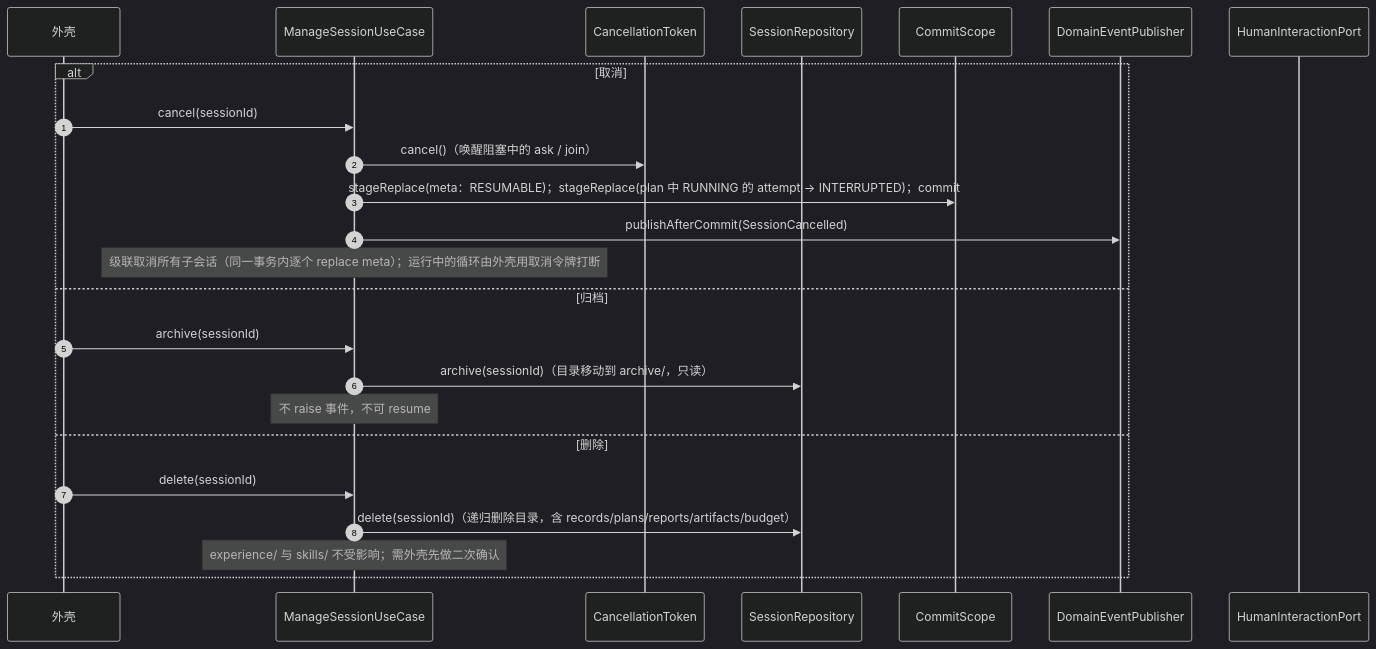
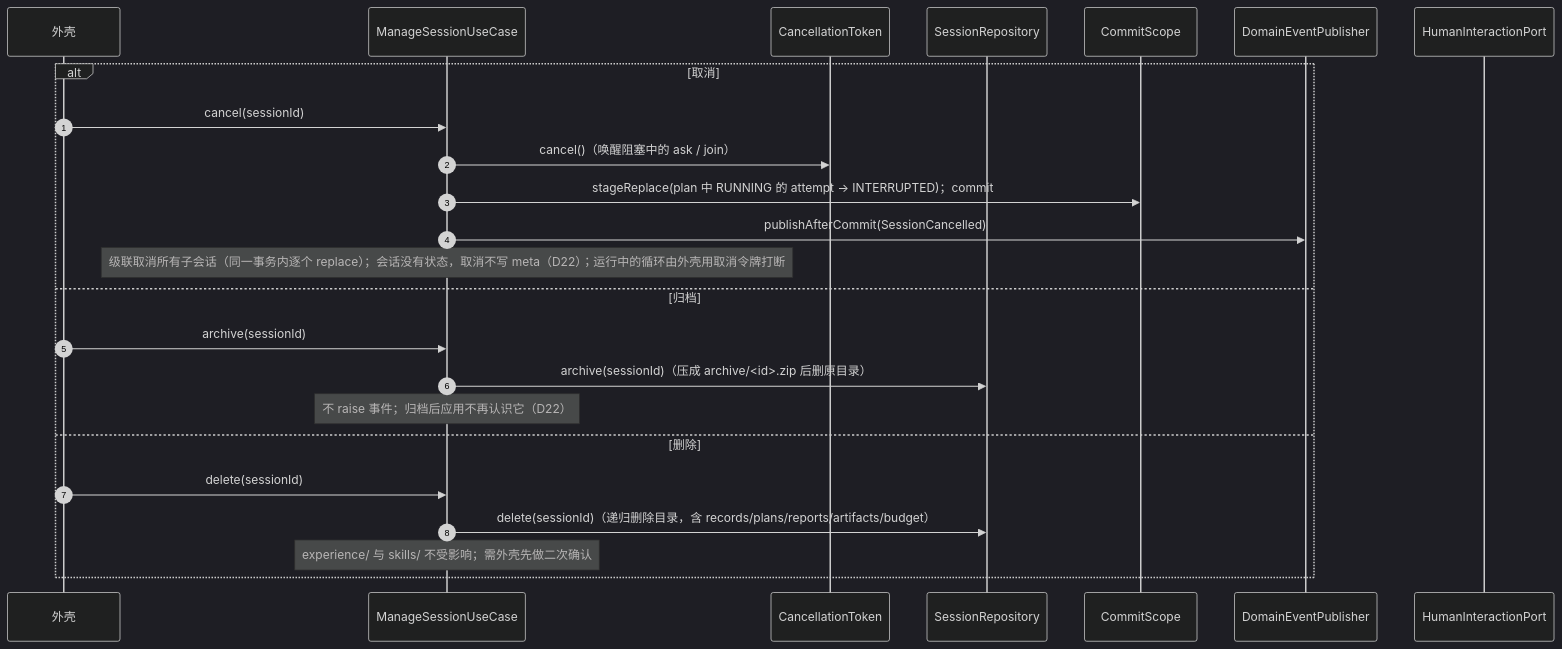
The seventh of 9 diagrams in model/模块-应用层.md (zcd0831/Jellyfish-Docs), drawn with Mermaid (dark theme) before and after one commit. The commit also changed other lines of this file and 12 other files, not shown here.

````diff
--- a/model/模块-应用层.md
+++ b/model/模块-应用层.md
@@ -404,27 +404,27 @@
 ```mermaid
 sequenceDiagram
     autonumber
     participant UI as 外壳
     participant U4 as ManageSessionUseCase
     participant C as CancellationToken
     participant R as SessionRepository
     participant CS as CommitScope
     participant EP as DomainEventPublisher
     participant HI as HumanInteractionPort
 
     alt 取消
         UI->>U4: cancel(sessionId)
         U4->>C: cancel()（唤醒阻塞中的 ask / join）
-        U4->>CS: stageReplace(meta：RESUMABLE)；stageReplace(plan 中 RUNNING 的 attempt → INTERRUPTED)；commit
+        U4->>CS: stageReplace(plan 中 RUNNING 的 attempt → INTERRUPTED)；commit
         U4->>EP: publishAfterCommit(SessionCancelled)
-        Note over U4: 级联取消所有子会话（同一事务内逐个 replace meta）；运行中的循环由外壳用取消令牌打断
+        Note over U4: 级联取消所有子会话（同一事务内逐个 replace）；会话没有状态，取消不写 meta（D22）；运行中的循环由外壳用取消令牌打断
     else 归档
         UI->>U4: archive(sessionId)
-        U4->>R: archive(sessionId)（目录移动到 archive/，只读）
-        Note over U4: 不 raise 事件，不可 resume
+        U4->>R: archive(sessionId)（压成 archive/<id>.zip 后删原目录）
+        Note over U4: 不 raise 事件；归档后应用不再认识它（D22）
     else 删除
         UI->>U4: delete(sessionId)
         U4->>R: delete(sessionId)（递归删除目录，含 records/plans/reports/artifacts/budget）
         Note over U4: experience/ 与 skills/ 不受影响；需外壳先做二次确认
     end
 ```
````
